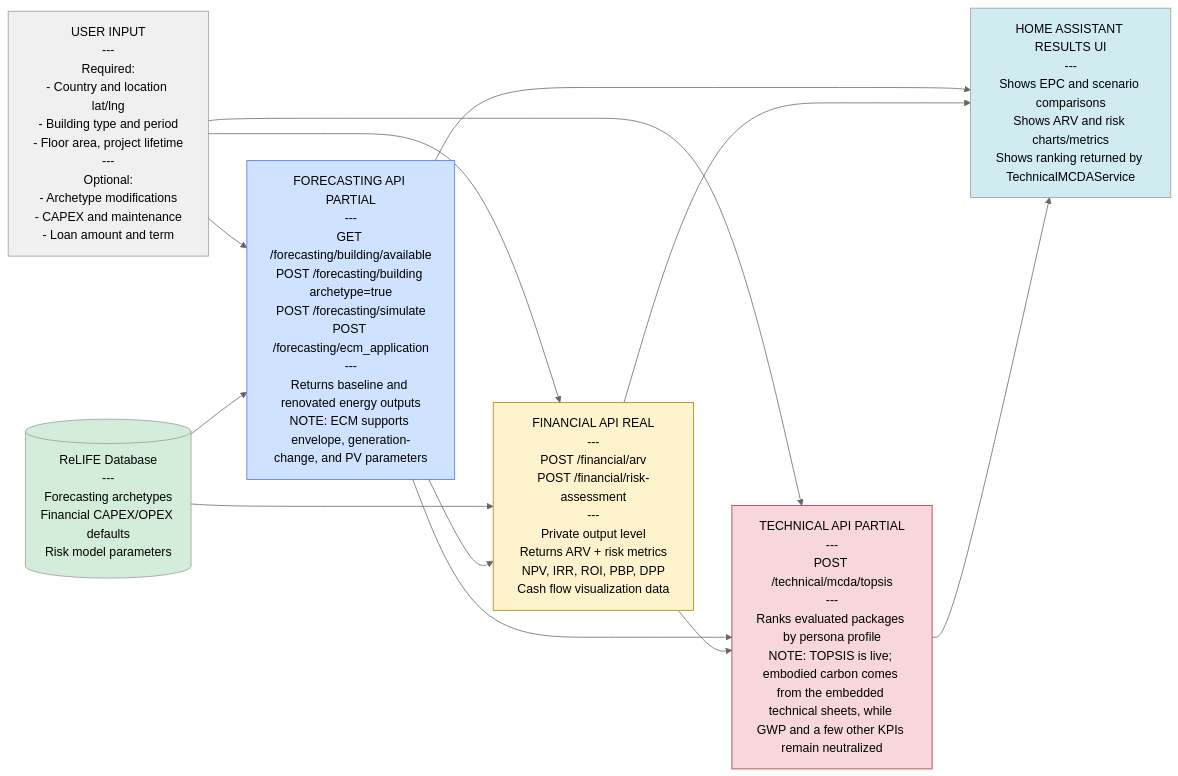
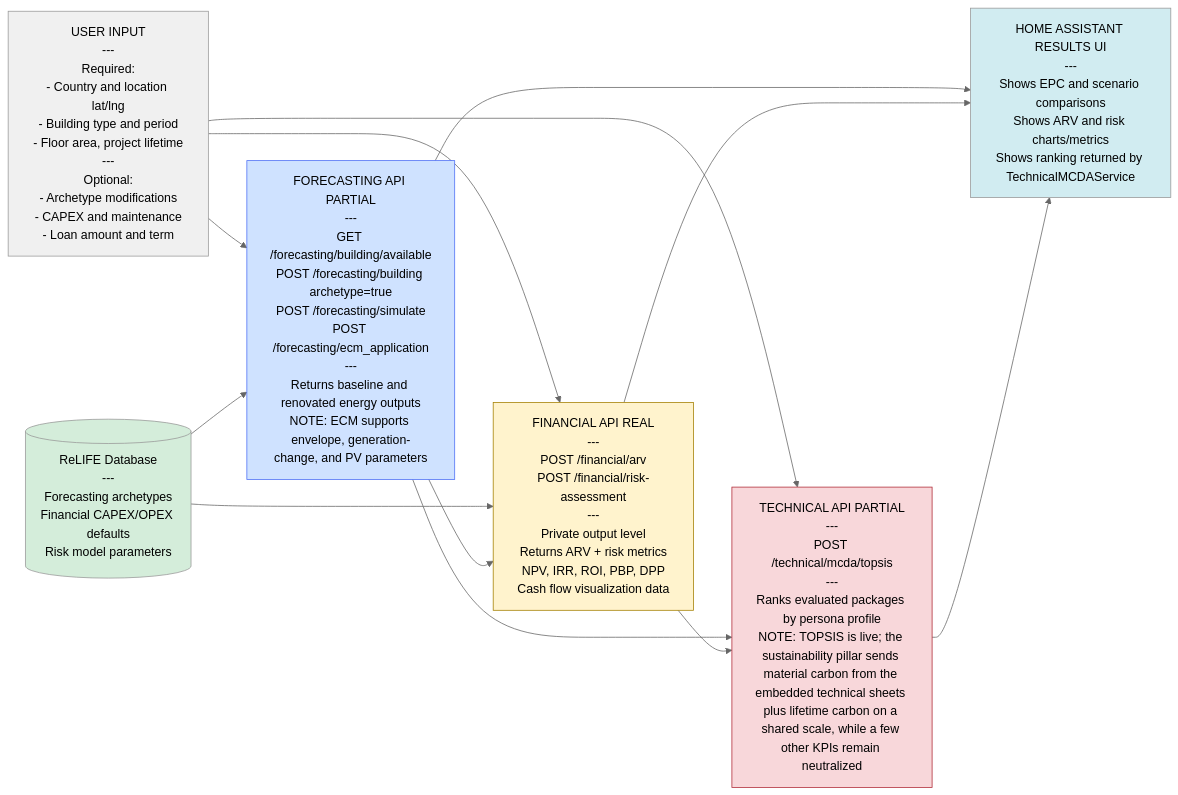
One commit to ReLIFE-Project-EU/relife-web-ui changed the second of 6 diagrams in README.md. Above: the diagram before and after it, drawn with Mermaid (neutral theme). The commit also changed 17 other files, not shown here.

Commit message:
🐛 Score lifetime carbon in the MCDA alongside material carbon

````diff
--- a/README.md
+++ b/README.md
@@ -109,33 +109,33 @@
 ```mermaid
 flowchart LR
     UserInput["USER INPUT<br/>---<br/>Required:<br/>- Country and location lat/lng<br/>- Building type and period<br/>- Floor area, project lifetime<br/>---<br/>Optional:<br/>- Archetype modifications<br/>- CAPEX and maintenance<br/>- Loan amount and term"]
 
     DB[("ReLIFE Database<br/>---<br/>Forecasting archetypes<br/>Financial CAPEX/OPEX defaults<br/>Risk model parameters")]
 
     Forecasting["FORECASTING API PARTIAL<br/>---<br/>GET /forecasting/building/available<br/>POST /forecasting/building archetype=true<br/>POST /forecasting/simulate<br/>POST /forecasting/ecm_application<br/>---<br/>Returns baseline and renovated energy outputs<br/>NOTE: ECM supports envelope, generation-change, and PV parameters"]
 
     Financial["FINANCIAL API REAL<br/>---<br/>POST /financial/arv<br/>POST /financial/risk-assessment<br/>---<br/>Private output level<br/>Returns ARV + risk metrics<br/>NPV, IRR, ROI, PBP, DPP<br/>Cash flow visualization data"]
 
-    Technical["TECHNICAL API PARTIAL<br/>---<br/>POST /technical/mcda/topsis<br/>---<br/>Ranks evaluated packages by persona profile<br/>NOTE: TOPSIS is live; embodied carbon comes from the embedded technical sheets, while GWP and a few other KPIs remain neutralized"]
+    Technical["TECHNICAL API PARTIAL<br/>---<br/>POST /technical/mcda/topsis<br/>---<br/>Ranks evaluated packages by persona profile<br/>NOTE: TOPSIS is live; the sustainability pillar sends material carbon from the embedded technical sheets plus lifetime carbon on a shared scale, while a few other KPIs remain neutralized"]
 
     Output["HOME ASSISTANT RESULTS UI<br/>---<br/>Shows EPC and scenario comparisons<br/>Shows ARV and risk charts/metrics<br/>Shows ranking returned by TechnicalMCDAService"]
 
     UserInput --> Forecasting
     DB --> Forecasting
     UserInput --> Financial
     DB --> Financial
     UserInput --> Technical
     Forecasting --> Financial
     Forecasting --> Output
     Financial --> Output
     Forecasting --> Technical
     Financial --> Technical
     Technical --> Output
 
     style UserInput fill:#f0f0f0
     style DB fill:#d4edda
     style Forecasting fill:#cfe2ff,stroke:#4c6ef5
     style Financial fill:#fff3cd,stroke:#a37f00
     style Technical fill:#f8d7da,stroke:#b02a37
     style Output fill:#d1ecf1
 ```
````
